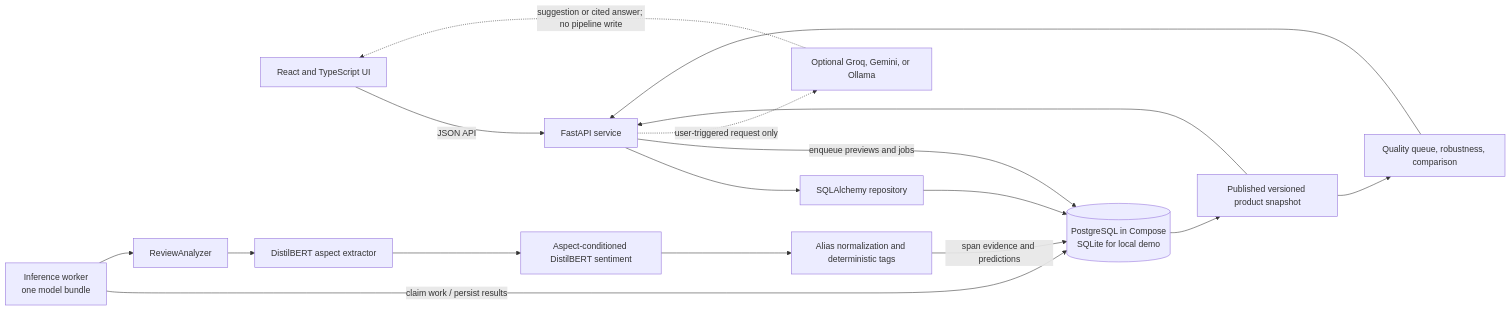
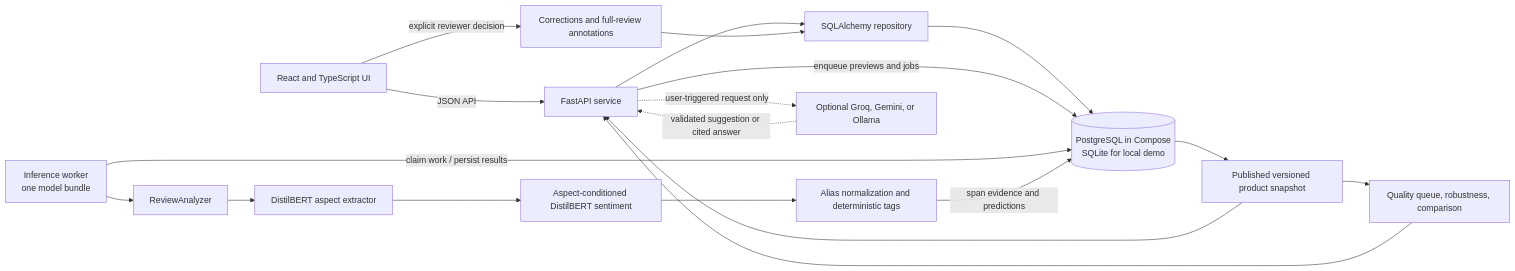
The first of 2 diagrams in docs/architecture.md (sudo8phoenix/Review_tag_generator), drawn with Mermaid before and after one commit. The commit also changed other lines of this file and 53 other files, not shown here.

````diff
--- a/docs/architecture.md
+++ b/docs/architecture.md
@@ -11,19 +11,21 @@
 ```mermaid
 flowchart LR
     U[React and TypeScript UI] -->|JSON API| A[FastAPI service]
     A --> R[SQLAlchemy repository]
     R --> D[(PostgreSQL in Compose<br/>SQLite for local demo)]
     A -->|enqueue previews and jobs| D
     W[Inference worker<br/>one model bundle] -->|claim work / persist results| D
     W --> M[ReviewAnalyzer]
     M --> E[DistilBERT aspect extractor]
     E --> S[Aspect-conditioned DistilBERT sentiment]
     S --> N[Alias normalization and deterministic tags]
     N -->|span evidence and predictions| D
     D --> P[Published versioned product snapshot]
     P --> A
     P --> Q[Quality queue, robustness, comparison]
     Q --> A
     A -. user-triggered request only .-> L[Optional Groq, Gemini, or Ollama]
-    L -. suggestion or cited answer; no pipeline write .-> U
+    L -. validated suggestion or cited answer .-> A
+    U -->|explicit reviewer decision| H[Corrections and full-review annotations]
+    H --> R
 ```
````
